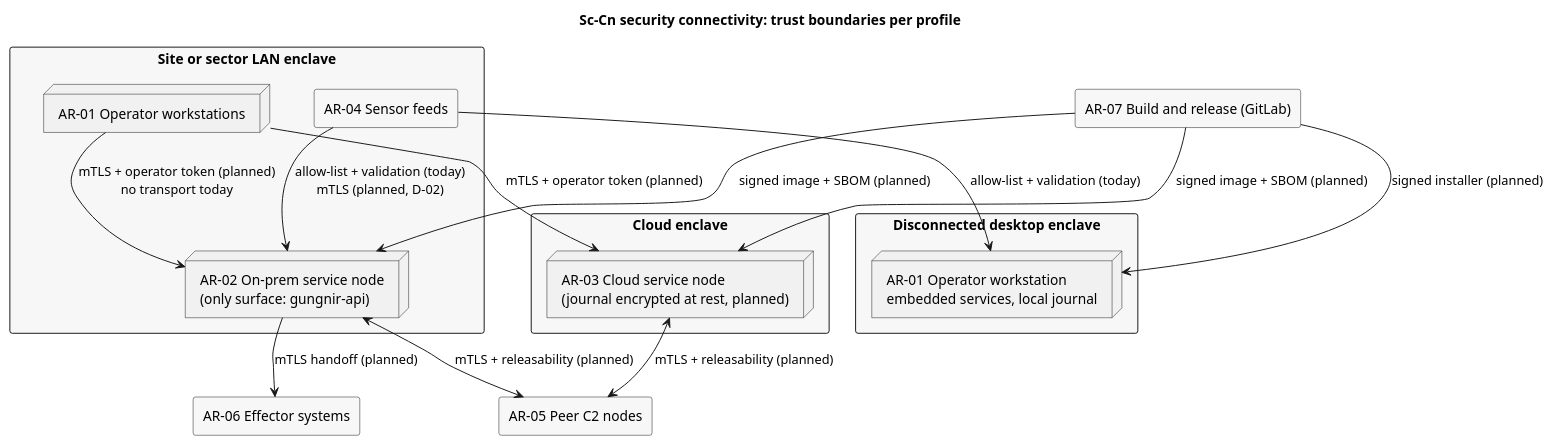
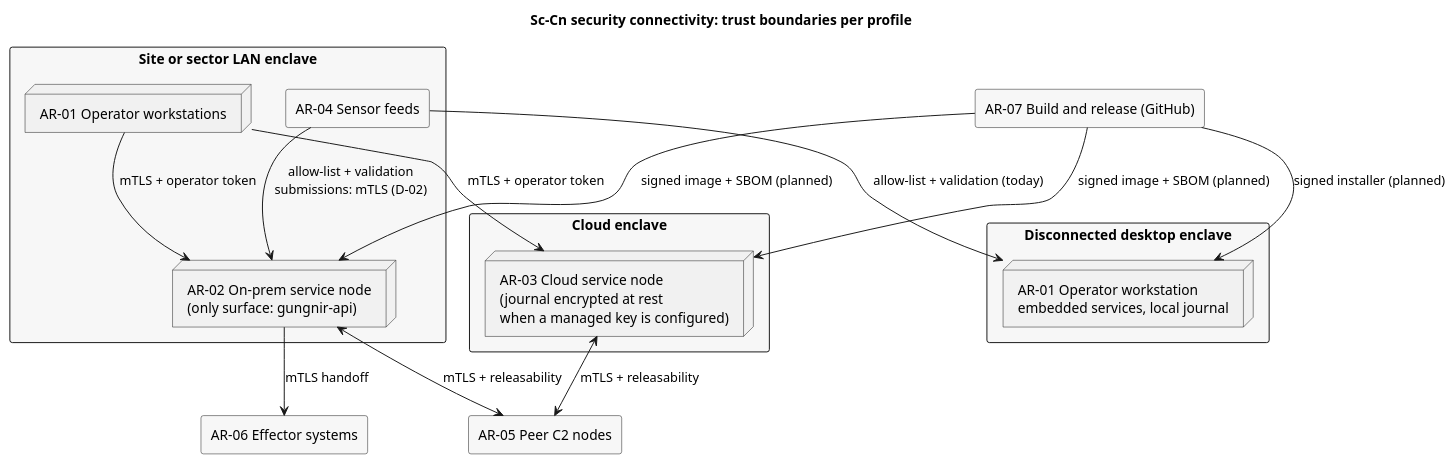
One commit to WayneRoessling/gungnir changed the diagram in docs/architecture/uaf/security/Sc-Cn.puml. Above: the diagram before and after it, drawn with PlantUML. The commit also changed 8 other files, not shown here.

```diff
--- a/docs/architecture/uaf/security/Sc-Cn.puml
+++ b/docs/architecture/uaf/security/Sc-Cn.puml
@@ -1,31 +1,31 @@
 @startuml Sc-Cn
 title Sc-Cn security connectivity: trust boundaries per profile
 skinparam rectangle {
   BackgroundColor #F7F7F7
 }
 rectangle "Disconnected desktop enclave" as ENC1 {
   node "AR-01 Operator workstation\nembedded services, local journal" as AR_01a
 }
 rectangle "Site or sector LAN enclave" as ENC2 {
   node "AR-01 Operator workstations" as AR_01b
   node "AR-02 On-prem service node\n(only surface: gungnir-api)" as AR_02
   rectangle "AR-04 Sensor feeds" as AR_04
 }
 rectangle "Cloud enclave" as ENC3 {
-  node "AR-03 Cloud service node\n(journal encrypted at rest, planned)" as AR_03
+  node "AR-03 Cloud service node\n(journal encrypted at rest\nwhen a managed key is configured)" as AR_03
 }
 rectangle "AR-05 Peer C2 nodes" as AR_05
 rectangle "AR-06 Effector systems" as AR_06
-rectangle "AR-07 Build and release (GitLab)" as AR_07
+rectangle "AR-07 Build and release (GitHub)" as AR_07
 
 AR_04 --> AR_01a : allow-list + validation (today)
-AR_04 --> AR_02 : allow-list + validation (today)\nmTLS (planned, D-02)
-AR_01b --> AR_02 : mTLS + operator token (planned)\nno transport today
-AR_01b --> AR_03 : mTLS + operator token (planned)
-AR_02 <--> AR_05 : mTLS + releasability (planned)
-AR_03 <--> AR_05 : mTLS + releasability (planned)
-AR_02 --> AR_06 : mTLS handoff (planned)
+AR_04 --> AR_02 : allow-list + validation\nsubmissions: mTLS (D-02)
+AR_01b --> AR_02 : mTLS + operator token
+AR_01b --> AR_03 : mTLS + operator token
+AR_02 <--> AR_05 : mTLS + releasability
+AR_03 <--> AR_05 : mTLS + releasability
+AR_02 --> AR_06 : mTLS handoff
 AR_07 --> AR_02 : signed image + SBOM (planned)
 AR_07 --> AR_03 : signed image + SBOM (planned)
 AR_07 --> AR_01a : signed installer (planned)
 @enduml
```
